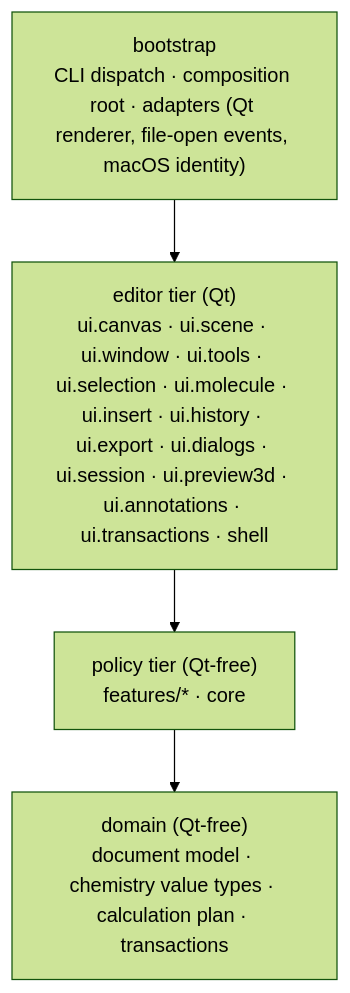
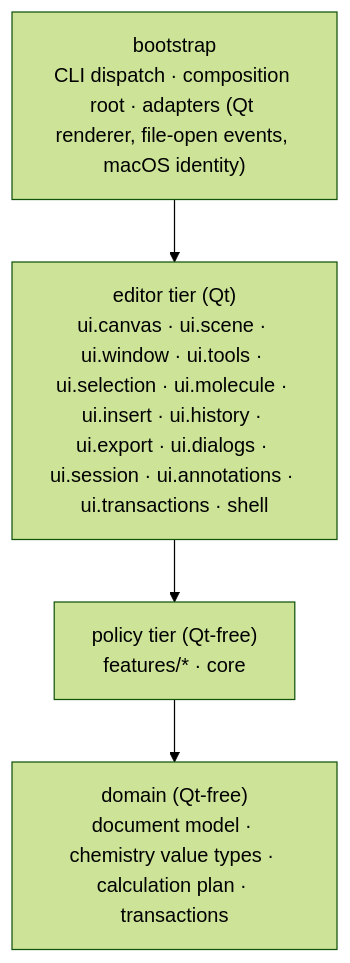
One commit to dhsohn/Chemvas changed the first of 4 diagrams in docs/ARCHITECTURE.md. Above: the diagram before and after it, drawn with Mermaid (forest theme). The commit also changed other lines of this file and 420 other files, not shown here.

````diff
--- a/docs/ARCHITECTURE.md
+++ b/docs/ARCHITECTURE.md
@@ -15,10 +15,10 @@
 ```mermaid
 flowchart TB
     bootstrap["bootstrap<br/>CLI dispatch · composition root · adapters (Qt renderer, file-open events, macOS identity)"]
-    editor["editor tier (Qt)<br/>ui.canvas · ui.scene · ui.window · ui.tools · ui.selection · ui.molecule · ui.insert · ui.history · ui.export · ui.dialogs · ui.session · ui.preview3d · ui.annotations · ui.transactions · shell"]
+    editor["editor tier (Qt)<br/>ui.canvas · ui.scene · ui.window · ui.tools · ui.selection · ui.molecule · ui.insert · ui.history · ui.export · ui.dialogs · ui.session · ui.annotations · ui.transactions · shell"]
     policy["policy tier (Qt-free)<br/>features/* · core"]
     domain["domain (Qt-free)<br/>document model · chemistry value types · calculation plan · transactions"]
     bootstrap --> editor
     editor --> policy
     policy --> domain
 ```
````
